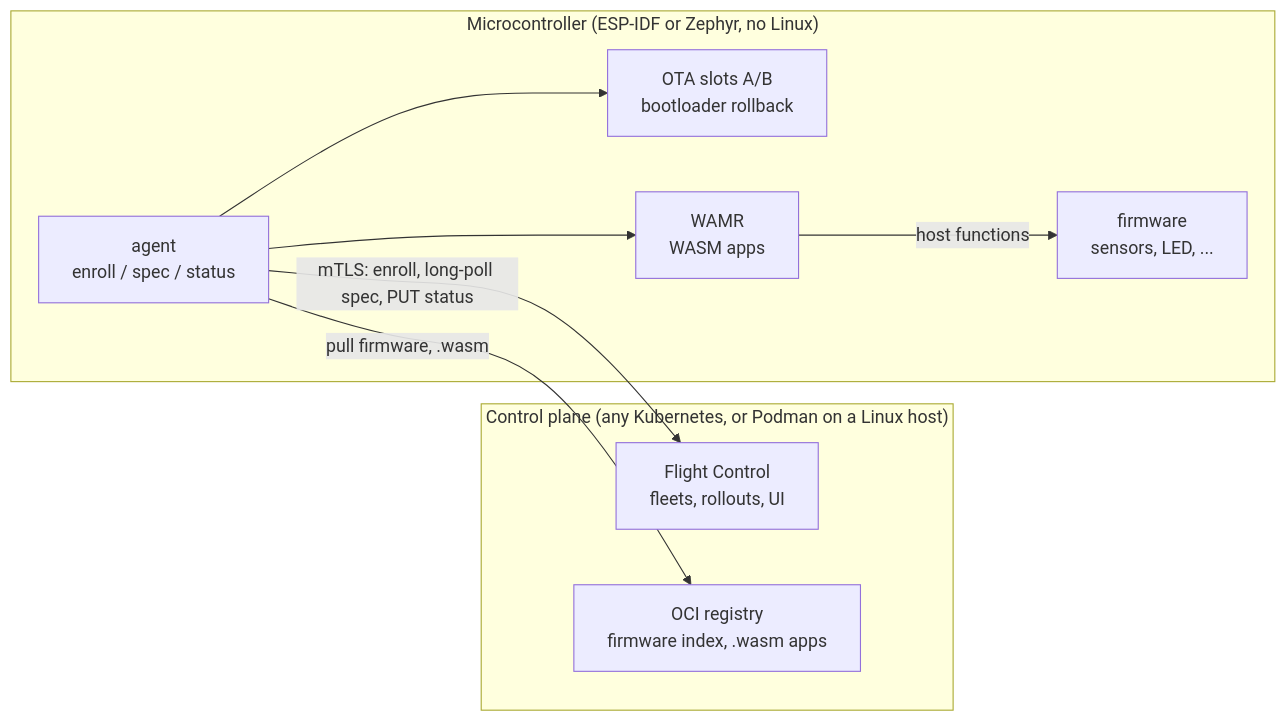
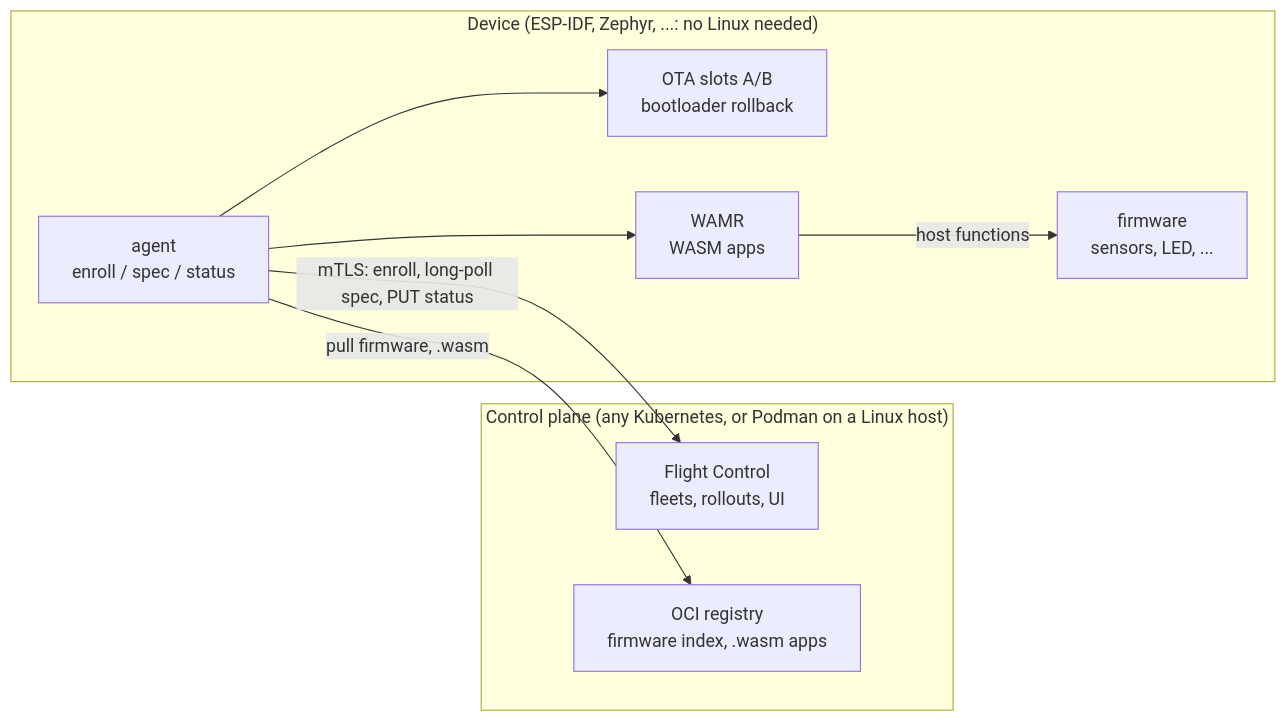
Before and after one commit to francescopace/flightctl-mcu: the first of 3 diagrams in README.md, drawn with Mermaid. The commit also changed other lines of this file and 3 other files, not shown here.

````diff
--- a/README.md
+++ b/README.md
@@ -43,18 +43,18 @@
 ```mermaid
 flowchart LR
   subgraph cp["Control plane (any Kubernetes, or Podman on a Linux host)"]
     FC["Flight Control<br/>fleets, rollouts, UI"]
     REG["OCI registry<br/>firmware index, .wasm apps"]
   end
-  subgraph dev["Microcontroller (ESP-IDF or Zephyr, no Linux)"]
+  subgraph dev["Device (ESP-IDF, Zephyr, ...: no Linux needed)"]
     AG["agent<br/>enroll / spec / status"]
     OTA["OTA slots A/B<br/>bootloader rollback"]
     WAMR["WAMR<br/>WASM apps"]
     FW["firmware<br/>sensors, LED, ..."]
   end
   AG -- "mTLS: enroll, long-poll spec, PUT status" --> FC
   AG -- "pull firmware, .wasm" --> REG
   AG --> OTA
   AG --> WAMR
   WAMR -- "host functions" --> FW
 ```
````
